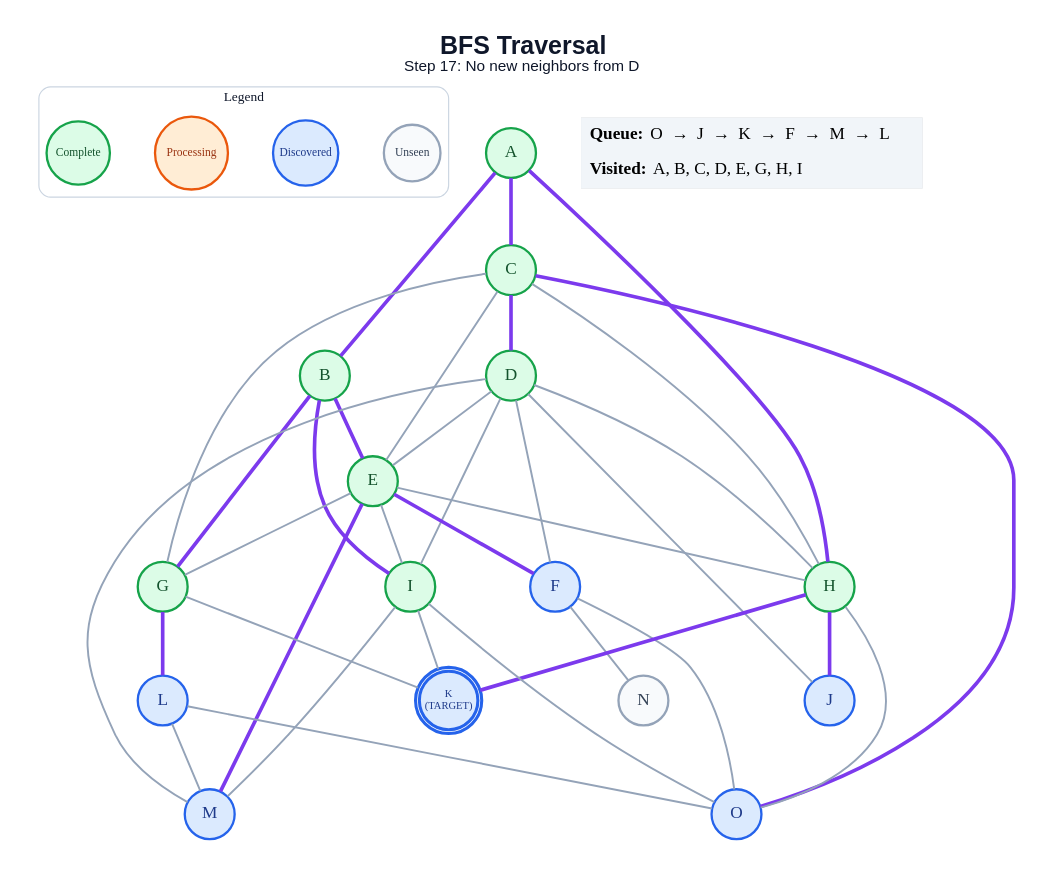
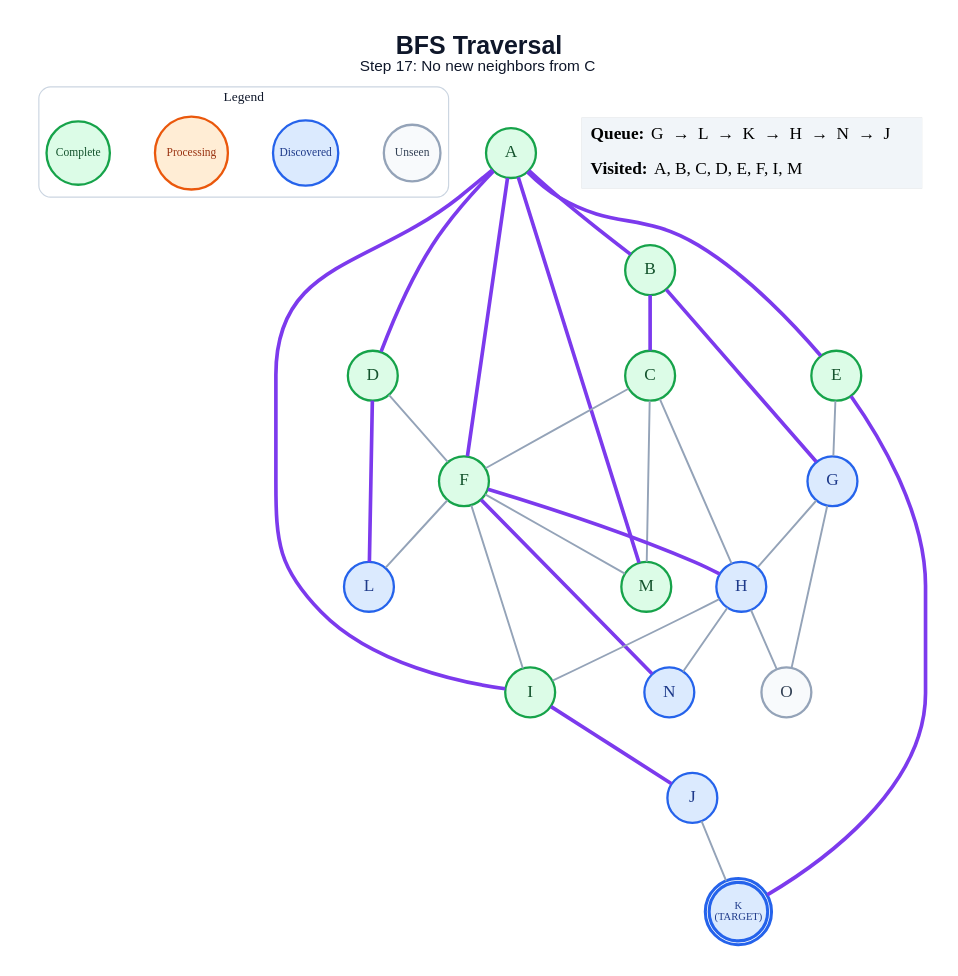
The diagram in generated/specific-node/bfs/step_17.dot (anon7238593-create/ai-slop), drawn with Graphviz before and after one commit. The commit also changed 285 other files, not shown here.

```diff
--- a/generated/specific-node/bfs/step_17.dot
+++ b/generated/specific-node/bfs/step_17.dot
@@ -1,68 +1,61 @@
 graph traversal {
   graph [layout=dot, rankdir=TB, bgcolor="#FFFFFF", pad="0.35", nodesep="0.65", ranksep="0.8", fontname="Arial"];
   node [shape=circle, style="filled", fontname="Arial Bold", fontsize=18, width=0.72, fixedsize=true, penwidth=2.4];
   edge [color="#94A3B8", penwidth=2.0];
-  label=<<B>BFS Traversal</B><BR/><FONT POINT-SIZE="16">Step 17: No new neighbors from D</FONT>>; labelloc="t"; fontsize=26; fontname="Arial"; fontcolor="#0F172A";
+  label=<<B>BFS Traversal</B><BR/><FONT POINT-SIZE="16">Step 17: No new neighbors from C</FONT>>; labelloc="t"; fontsize=26; fontname="Arial"; fontcolor="#0F172A";
   subgraph cluster_legend { label="Legend"; color="#CBD5E1"; penwidth=1.2; style="rounded"; fontsize=14; fontname="Arial Bold";
     key_unseen [label="Unseen", fillcolor="#F8FAFC", color="#94A3B8", fontcolor="#334155", fontsize=12, width=0.82];
     key_frontier [label="Discovered", fillcolor="#DBEAFE", color="#2563EB", fontcolor="#1E3A8A", fontsize=12, width=0.95];
     key_current [label="Processing", fillcolor="#FFEDD5", color="#EA580C", fontcolor="#9A3412", fontsize=12, width=1.05];
     key_done [label="Complete", fillcolor="#DCFCE7", color="#16A34A", fontcolor="#14532D", fontsize=12, width=0.92];
     { rank=same; key_unseen; key_frontier; key_current; key_done; }
   }
   A [label="A", fillcolor="#DCFCE7", color="#16A34A", fontcolor="#14532D", peripheries=1, penwidth=2.4];
   B [label="B", fillcolor="#DCFCE7", color="#16A34A", fontcolor="#14532D", peripheries=1, penwidth=2.4];
   C [label="C", fillcolor="#DCFCE7", color="#16A34A", fontcolor="#14532D", peripheries=1, penwidth=2.4];
   D [label="D", fillcolor="#DCFCE7", color="#16A34A", fontcolor="#14532D", peripheries=1, penwidth=2.4];
   E [label="E", fillcolor="#DCFCE7", color="#16A34A", fontcolor="#14532D", peripheries=1, penwidth=2.4];
-  F [label="F", fillcolor="#DBEAFE", color="#2563EB", fontcolor="#1E3A8A", peripheries=1, penwidth=2.4];
-  G [label="G", fillcolor="#DCFCE7", color="#16A34A", fontcolor="#14532D", peripheries=1, penwidth=2.4];
-  H [label="H", fillcolor="#DCFCE7", color="#16A34A", fontcolor="#14532D", peripheries=1, penwidth=2.4];
+  F [label="F", fillcolor="#DCFCE7", color="#16A34A", fontcolor="#14532D", peripheries=1, penwidth=2.4];
+  G [label="G", fillcolor="#DBEAFE", color="#2563EB", fontcolor="#1E3A8A", peripheries=1, penwidth=2.4];
+  H [label="H", fillcolor="#DBEAFE", color="#2563EB", fontcolor="#1E3A8A", peripheries=1, penwidth=2.4];
   I [label="I", fillcolor="#DCFCE7", color="#16A34A", fontcolor="#14532D", peripheries=1, penwidth=2.4];
   J [label="J", fillcolor="#DBEAFE", color="#2563EB", fontcolor="#1E3A8A", peripheries=1, penwidth=2.4];
   K [label="K\n(TARGET)", fillcolor="#DBEAFE", color="#2563EB", fontcolor="#1E3A8A", peripheries=2, penwidth=3.2, fontsize=11, width=0.85, height=0.85];
   L [label="L", fillcolor="#DBEAFE", color="#2563EB", fontcolor="#1E3A8A", peripheries=1, penwidth=2.4];
-  M [label="M", fillcolor="#DBEAFE", color="#2563EB", fontcolor="#1E3A8A", peripheries=1, penwidth=2.4];
-  N [label="N", fillcolor="#F8FAFC", color="#94A3B8", fontcolor="#334155", peripheries=1, penwidth=2.4];
-  O [label="O", fillcolor="#DBEAFE", color="#2563EB", fontcolor="#1E3A8A", peripheries=1, penwidth=2.4];
+  M [label="M", fillcolor="#DCFCE7", color="#16A34A", fontcolor="#14532D", peripheries=1, penwidth=2.4];
+  N [label="N", fillcolor="#DBEAFE", color="#2563EB", fontcolor="#1E3A8A", peripheries=1, penwidth=2.4];
+  O [label="O", fillcolor="#F8FAFC", color="#94A3B8", fontcolor="#334155", peripheries=1, penwidth=2.4];
   A -- B [color="#7C3AED", penwidth=3.8];
-  A -- C [color="#7C3AED", penwidth=3.8];
-  A -- H [color="#7C3AED", penwidth=3.8];
-  B -- E [color="#7C3AED", penwidth=3.8];
+  A -- D [color="#7C3AED", penwidth=3.8];
+  A -- E [color="#7C3AED", penwidth=3.8];
+  A -- F [color="#7C3AED", penwidth=3.8];
+  A -- I [color="#7C3AED", penwidth=3.8];
+  A -- M [color="#7C3AED", penwidth=3.8];
+  B -- C [color="#7C3AED", penwidth=3.8];
   B -- G [color="#7C3AED", penwidth=3.8];
-  B -- I [color="#7C3AED", penwidth=3.8];
-  C -- D [color="#7C3AED", penwidth=3.8];
-  C -- E;
-  C -- G;
+  C -- F;
   C -- H;
-  C -- O [color="#7C3AED", penwidth=3.8];
-  D -- E;
+  C -- M;
   D -- F;
-  D -- H;
-  D -- I;
-  D -- J;
-  D -- M;
-  E -- F [color="#7C3AED", penwidth=3.8];
+  D -- L [color="#7C3AED", penwidth=3.8];
   E -- G;
-  E -- H;
-  E -- I;
-  E -- M [color="#7C3AED", penwidth=3.8];
-  F -- N;
-  F -- O;
-  G -- K;
-  G -- L [color="#7C3AED", penwidth=3.8];
-  H -- J [color="#7C3AED", penwidth=3.8];
-  H -- K [color="#7C3AED", penwidth=3.8];
+  E -- K [color="#7C3AED", penwidth=3.8];
+  F -- H [color="#7C3AED", penwidth=3.8];
+  F -- I;
+  F -- L;
+  F -- M;
+  F -- N [color="#7C3AED", penwidth=3.8];
+  G -- H;
+  G -- O;
+  H -- I;
+  H -- N;
   H -- O;
-  I -- K;
-  I -- M;
-  I -- O;
-  L -- M;
-  L -- O;
+  I -- J [color="#7C3AED", penwidth=3.8];
+  J -- K;
   status [shape=plain, fixedsize=false, width=0, height=0, margin=0, label=<
     <TABLE BORDER="0" CELLBORDER="0" CELLPADDING="7" BGCOLOR="#F1F5F9">
-      <TR><TD ALIGN="LEFT"><B>Queue:</B> O  →  J  →  K  →  F  →  M  →  L</TD></TR>
-      <TR><TD ALIGN="LEFT"><B>Visited:</B> A, B, C, D, E, G, H, I</TD></TR>
+      <TR><TD ALIGN="LEFT"><B>Queue:</B> G  →  L  →  K  →  H  →  N  →  J</TD></TR>
+      <TR><TD ALIGN="LEFT"><B>Visited:</B> A, B, C, D, E, F, I, M</TD></TR>
     </TABLE>
   >];
 }
```
